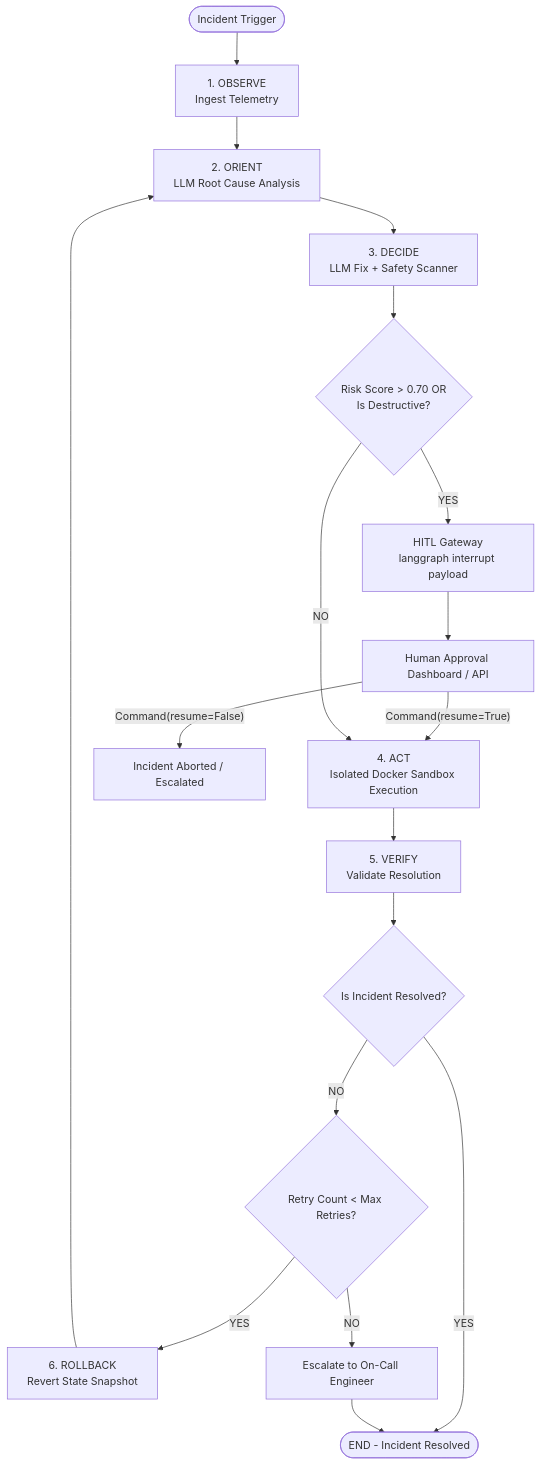
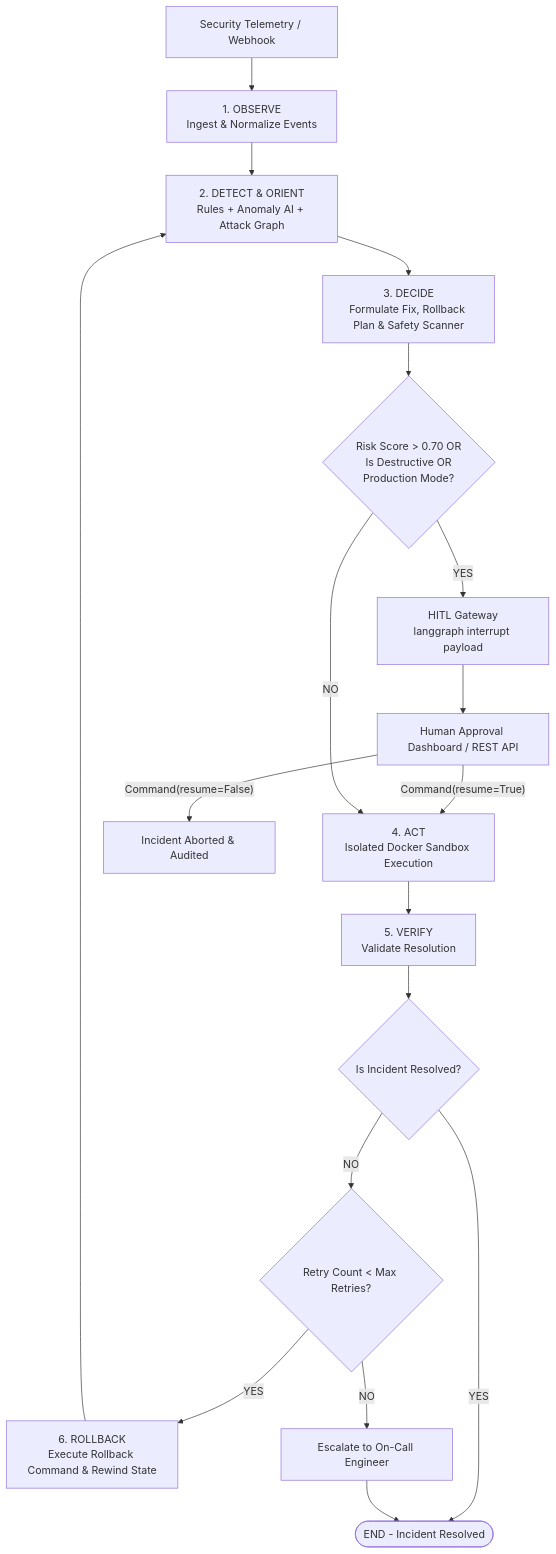
Before and after one commit to Anuj-ipynb/OODA-Kernel: the diagram in README.md, drawn with Mermaid. The commit also changed other lines of this file and 1 other file, not shown here.

Commit message:
feat: complete OODA-Kernel enhancements, DAG visualization & safety guardrails

````diff
--- a/README.md
+++ b/README.md
@@ -35,27 +38,27 @@
 ```mermaid
 flowchart TD
-    Start([Incident Trigger]) --> Observe[1. OBSERVE<br/>Ingest Telemetry]
-    Observe --> Orient[2. ORIENT<br/>LLM Root Cause Analysis]
-    Orient --> Decide[3. DECIDE<br/>LLM Fix + Safety Scanner]
+    Telemetry[Security Telemetry / Webhook] --> Observe[1. OBSERVE<br/>Ingest & Normalize Events]
+    Observe --> Detect[2. DETECT & ORIENT<br/>Rules + Anomaly AI + Attack Graph]
+    Detect --> Decide[3. DECIDE<br/>Formulate Fix, Rollback Plan & Safety Scanner]
     
-    Decide --> RiskCheck{Risk Score > 0.70 OR<br/>Is Destructive?}
+    Decide --> RiskCheck{Risk Score > 0.70 OR<br/>Is Destructive OR<br/>Production Mode?}
     
     RiskCheck -- YES --> Interrupt[HITL Gateway<br/>langgraph interrupt payload]
-    Interrupt --> ApproveApi[Human Approval Dashboard / API]
+    Interrupt --> ApproveApi[Human Approval Dashboard / REST API]
     ApproveApi -- Command(resume=True) --> Act[4. ACT<br/>Isolated Docker Sandbox Execution]
-    ApproveApi -- Command(resume=False) --> Abort[Incident Aborted / Escalated]
+    ApproveApi -- Command(resume=False) --> Abort[Incident Aborted & Audited]
     
     RiskCheck -- NO --> Act
     
     Act --> Verify[5. VERIFY<br/>Validate Resolution]
     Verify --> VerifiedCheck{Is Incident Resolved?}
     
     VerifiedCheck -- YES --> End([END - Incident Resolved])
     VerifiedCheck -- NO --> RetryCheck{Retry Count < Max Retries?}
     
-    RetryCheck -- YES --> Rollback[6. ROLLBACK<br/>Revert State Snapshot]
-    Rollback --> Orient
+    RetryCheck -- YES --> Rollback[6. ROLLBACK<br/>Execute Rollback Command & Rewind State]
+    Rollback --> Detect
     
     RetryCheck -- NO --> Escalate[Escalate to On-Call Engineer]
     Escalate --> End
 ```
````
